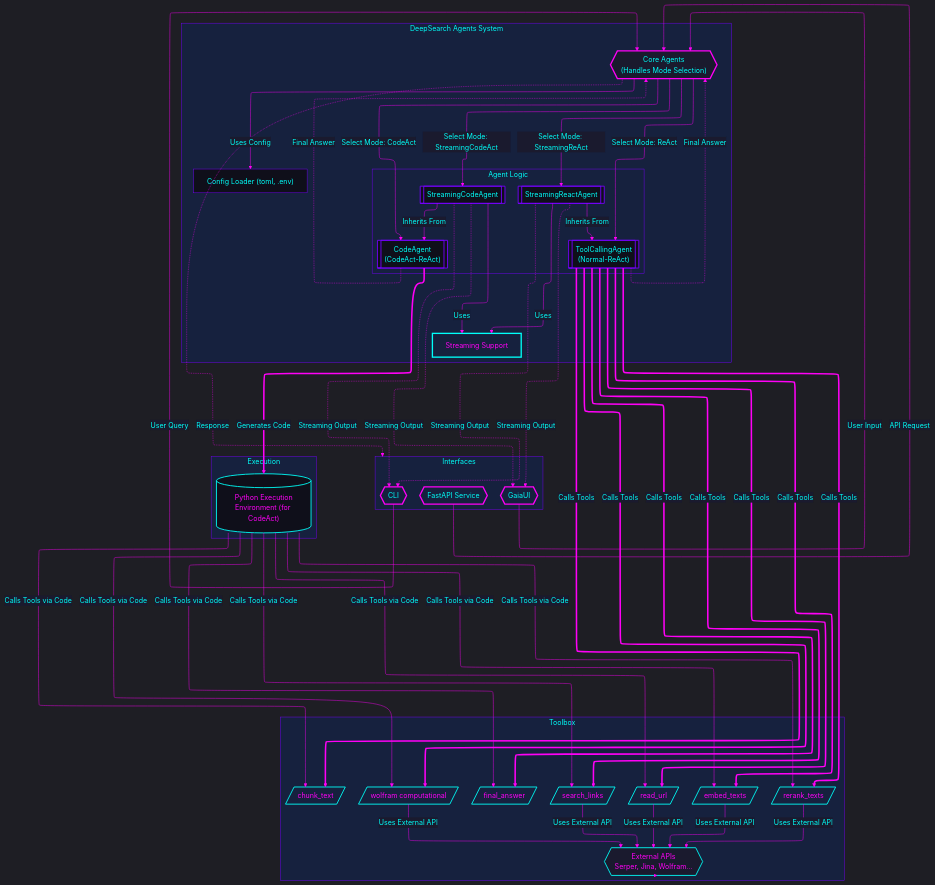
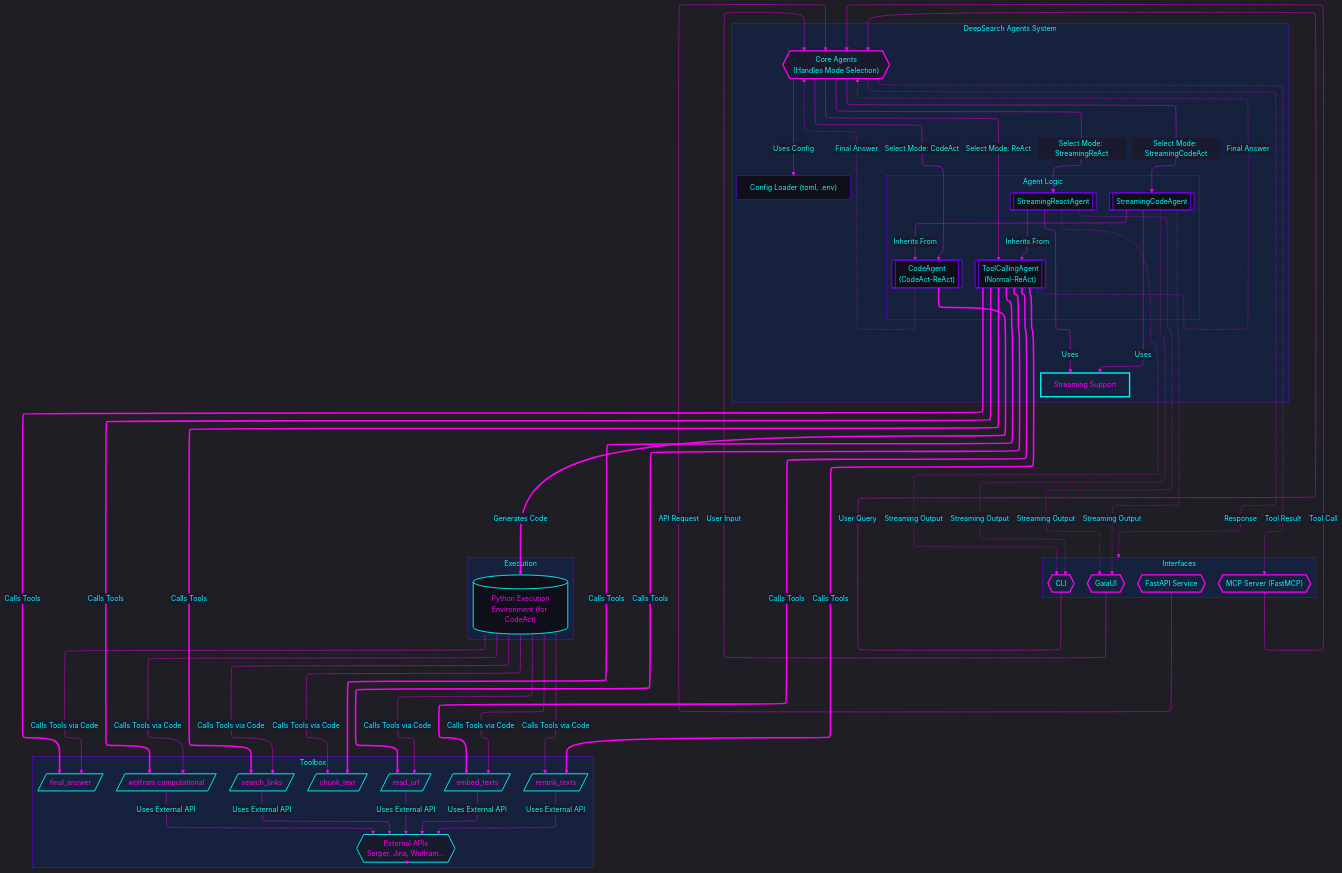
Before and after one commit to lwyBZss8924d/DeepSearchAgents: the diagram in README.md, drawn with Mermaid. The commit also changed other lines of this file, not shown here.

Commit message:
docs: update README.md with FastMCP server documentation and fix project structure

```diff
--- a/README.md
+++ b/README.md
@@ -227,6 +285,7 @@
         CLI{{"CLI"}}
         FastAPI{{"FastAPI Service"}}
         GaiaUI{{"GaiaUI"}}
+        MCPServer{{"MCP Server (FastMCP)"}}
     end
     subgraph DeepSearchAgentSystem["DeepSearch Agents System"]
         direction TB
@@ -264,6 +323,7 @@
     CLI -- "User Query" --> CoreAgents
     FastAPI -- "API Request" --> CoreAgents
     GaiaUI -- "User Input" --> CoreAgents
+    MCPServer -- "Tool Call" --> CoreAgents
     CoreAgents -- "Select Mode: ReAct" --> ToolAgent
     CoreAgents -- "Select Mode: CodeAct" --> CodeAgent
     CoreAgents -- "Select Mode: StreamingReAct" --> StreamingReactAgent
@@ -307,6 +367,7 @@
     StreamingReactAgent -. "Streaming Output" .-> GaiaUI
     StreamingCodeAgent -. "Streaming Output" .-> GaiaUI
     CoreAgents -. "Response" .-> Interfaces
+    CoreAgents -. "Tool Result" .-> MCPServer
 
     classDef default fill:#1a1a2e,stroke:#7700ff,stroke-width:2px,color:#00fff9
     classDef interface fill:#16213e,stroke:#ff00f7,stroke-width:3px,color:#00fff9
@@ -317,10 +378,12 @@
     classDef external fill:#1a1a2e,stroke:#00fff9,stroke-width:2px,color:#ff00f7
     classDef config fill:#0f0f1a,stroke:#7700ff,stroke-width:1px,color:#00fff9
     classDef streaming fill:#16213e,stroke:#00fff9,stroke-width:3px,color:#ff00f7
+    classDef mcpserver fill:#16213e,stroke:#ff00f7,stroke-width:3px,color:#00fff9
 
     CLI:::interface
     FastAPI:::interface
     GaiaUI:::interface
+    MCPServer:::mcpserver
     CoreAgents:::manager
     ToolAgent:::agent
     CodeAgent:::agent
```
